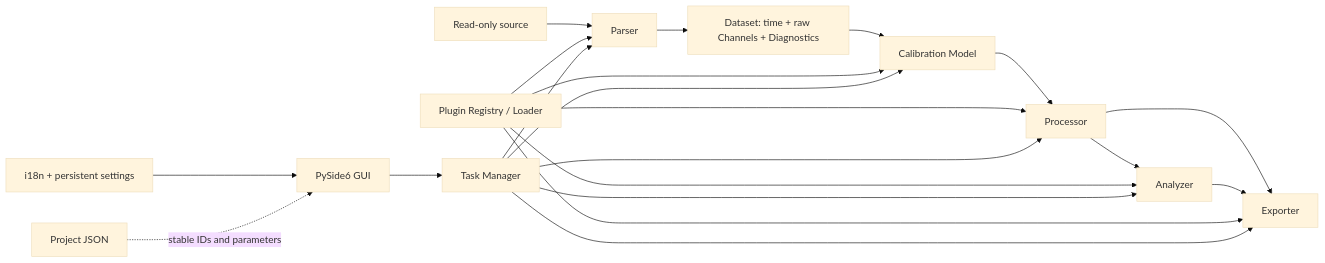
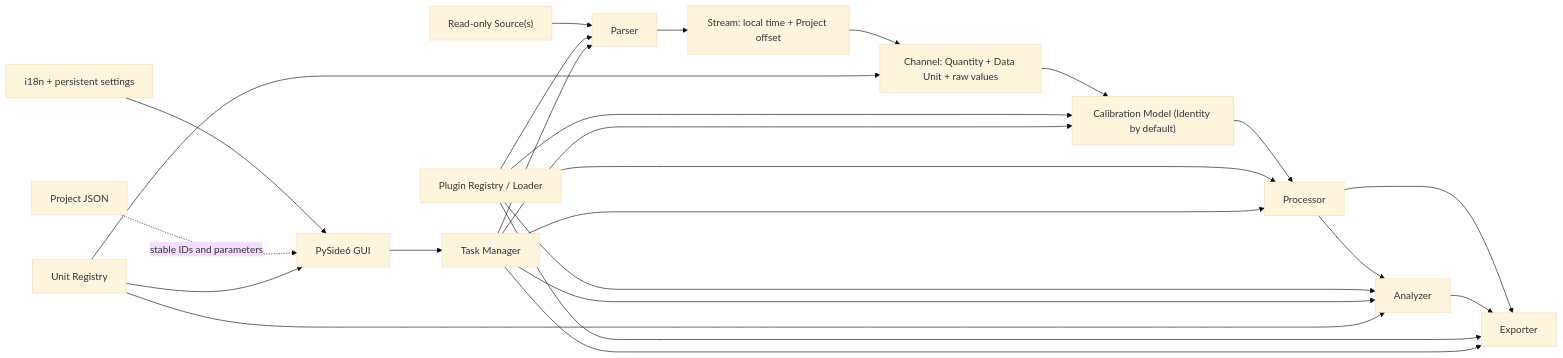
One commit to aleistercrowleybeast666/Underline_RETLDC changed the first of 2 diagrams in docs/Architecture.md. Above: the diagram before and after it, drawn with Mermaid (base theme). The commit also changed other lines of this file and 114 other files, not shown here.

````diff
--- a/docs/Architecture.md
+++ b/docs/Architecture.md
@@ -6,23 +6,27 @@
 ```mermaid
 flowchart LR
-    S["Read-only source"] --> P["Parser"]
-    P --> D["Dataset: time + raw Channels + Diagnostics"]
-    D --> C["Calibration Model"]
+    S["Read-only Source(s)"] --> P["Parser"]
+    P --> ST["Stream: local time + Project offset"]
+    ST --> D["Channel: Quantity + Data Unit + raw values"]
+    D --> C["Calibration Model (Identity by default)"]
     C --> PR["Processor"]
     PR --> A["Analyzer"]
     PR --> E["Exporter"]
     A --> E
     R["Plugin Registry / Loader"] --> P
     R --> C
     R --> PR
     R --> A
     R --> E
     GUI["PySide6 GUI"] --> TM["Task Manager"]
     TM --> P
     TM --> C
     TM --> PR
     TM --> A
     TM --> E
     I["i18n + persistent settings"] --> GUI
     PJ["Project JSON"] -. "stable IDs and parameters" .-> GUI
+    U["Unit Registry"] --> D
+    U --> GUI
+    U --> A
 ```
````
